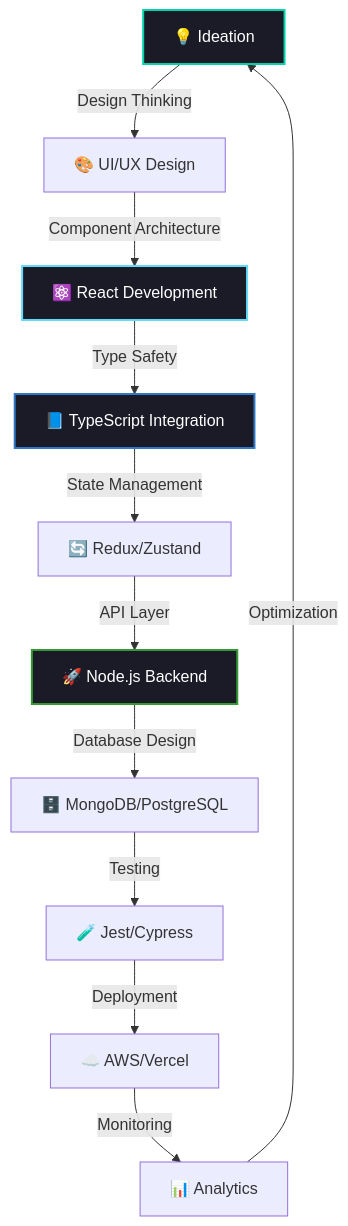
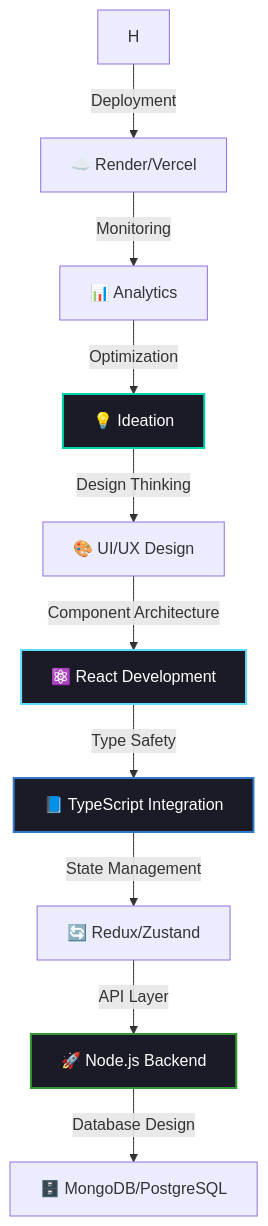
Before and after one commit to rehanali67/rehanali67: the diagram in README.md, drawn with Mermaid. The commit also changed other lines of this file, not shown here.

````diff
--- a/README.md
+++ b/README.md
@@ -260,18 +259,17 @@
 ```mermaid
 graph TD
     A[💡 Ideation] -->|Design Thinking| B[🎨 UI/UX Design]
     B -->|Component Architecture| C[⚛️ React Development]
     C -->|Type Safety| D[📘 TypeScript Integration]
     D -->|State Management| E[🔄 Redux/Zustand]
     E -->|API Layer| F[🚀 Node.js Backend]
     F -->|Database Design| G[🗄️ MongoDB/PostgreSQL]
-    G -->|Testing| H[🧪 Jest/Cypress]
-    H -->|Deployment| I[☁️ AWS/Vercel]
+    H -->|Deployment| I[☁️ Render/Vercel]
     I -->|Monitoring| J[📊 Analytics]
     J -->|Optimization| A
     
     style A fill:#1a1b27,stroke:#00d4aa,stroke-width:2px,color:#fff
     style C fill:#1a1b27,stroke:#61dafb,stroke-width:2px,color:#fff
     style D fill:#1a1b27,stroke:#3178c6,stroke-width:2px,color:#fff
     style F fill:#1a1b27,stroke:#339933,stroke-width:2px,color:#fff
 ```
````
